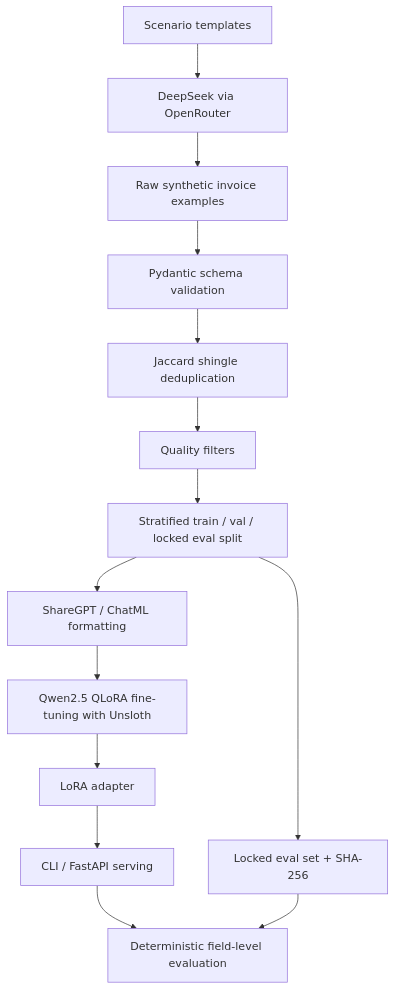
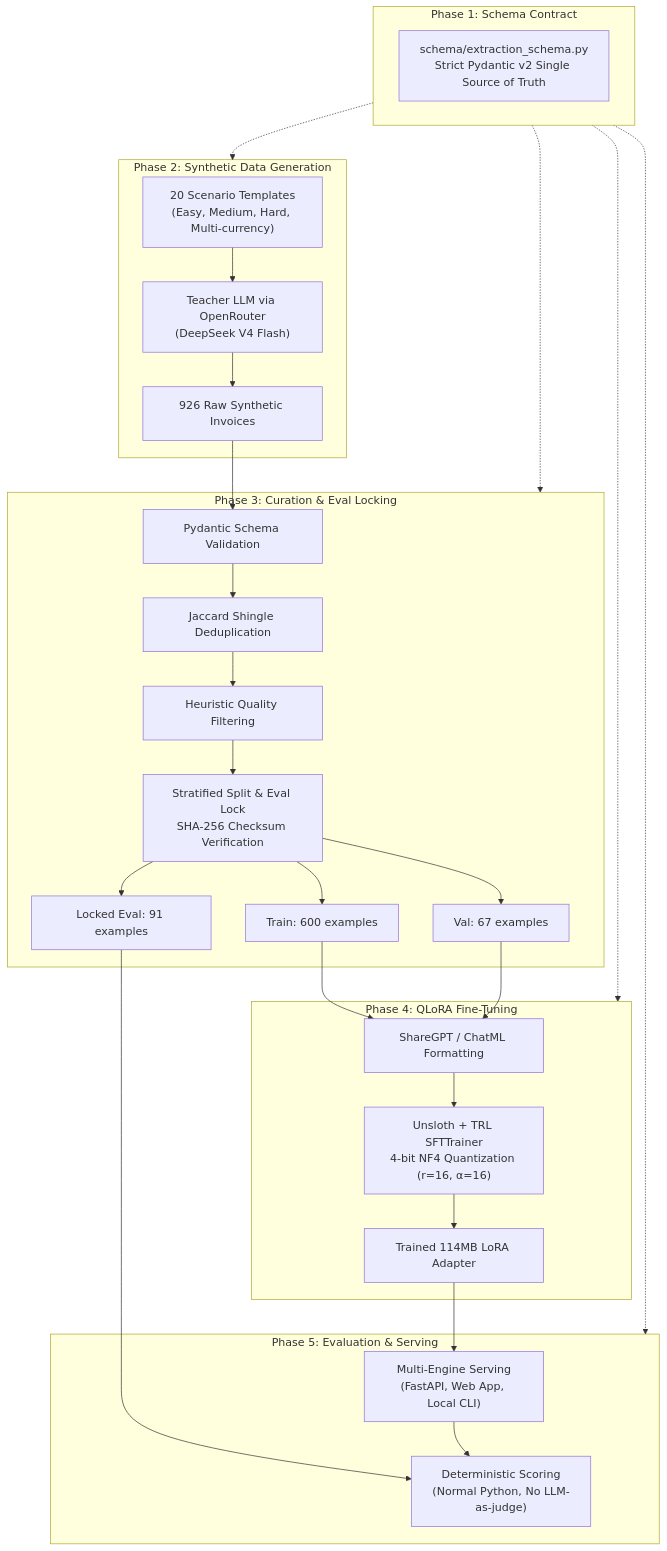
Before and after one commit to ompatelz/ModelDistiller: the diagram in README.md, drawn with Mermaid. The commit also changed other lines of this file and 13 other files, not shown here.

Commit message:
feat: add interactive web testing app, multi-engine serving, evaluation results, and presentation polish

````diff
--- a/README.md
+++ b/README.md
@@ -28,16 +95,46 @@
 ```mermaid
 flowchart TD
-    A["Scenario templates"] --> B["DeepSeek via OpenRouter"]
-    B --> C["Raw synthetic invoice examples"]
-    C --> D["Pydantic schema validation"]
-    D --> E["Jaccard shingle deduplication"]
-    E --> F["Quality filters"]
-    F --> G["Stratified train / val / locked eval split"]
-    G --> H["ShareGPT / ChatML formatting"]
-    H --> I["Qwen2.5 QLoRA fine-tuning with Unsloth"]
-    I --> J["LoRA adapter"]
-    J --> K["CLI / FastAPI serving"]
-    G --> L["Locked eval set + SHA-256"]
-    K --> M["Deterministic field-level evaluation"]
-    L --> M
+    subgraph Phase1["Phase 1: Schema Contract"]
+        A["schema/extraction_schema.py<br/>Strict Pydantic v2 Single Source of Truth"]
+    end
+
+    subgraph Phase2["Phase 2: Synthetic Data Generation"]
+        B["20 Scenario Templates<br/>(Easy, Medium, Hard, Multi-currency)"]
+        C["Teacher LLM via OpenRouter<br/>(DeepSeek V4 Flash)"]
+        B --> C
+        C --> D["926 Raw Synthetic Invoices"]
+    end
+
+    subgraph Phase3["Phase 3: Curation & Eval Locking"]
+        E["Pydantic Schema Validation"]
+        F["Jaccard Shingle Deduplication"]
+        G["Heuristic Quality Filtering"]
+        H["Stratified Split & Eval Lock<br/>SHA-256 Checksum Verification"]
+        D --> E --> F --> G --> H
+        H --> I["Train: 600 examples"]
+        H --> J["Val: 67 examples"]
+        H --> K["Locked Eval: 91 examples"]
+    end
+
+    subgraph Phase4["Phase 4: QLoRA Fine-Tuning"]
+        L["ShareGPT / ChatML Formatting"]
+        M["Unsloth + TRL SFTTrainer<br/>4-bit NF4 Quantization (r=16, α=16)"]
+        N["Trained 114MB LoRA Adapter"]
+        I --> L
+        J --> L
+        L --> M --> N
+    end
+
+    subgraph Phase5["Phase 5: Evaluation & Serving"]
+        O["Deterministic Scoring<br/>(Normal Python, No LLM-as-judge)"]
+        P["Multi-Engine Serving<br/>(FastAPI, Web App, Local CLI)"]
+        K --> O
+        N --> P
+        P --> O
+    end
+
+    Phase1 -.-> Phase2
+    Phase1 -.-> Phase3
+    Phase1 -.-> Phase4
+    Phase1 -.-> Phase5
 ```
````
